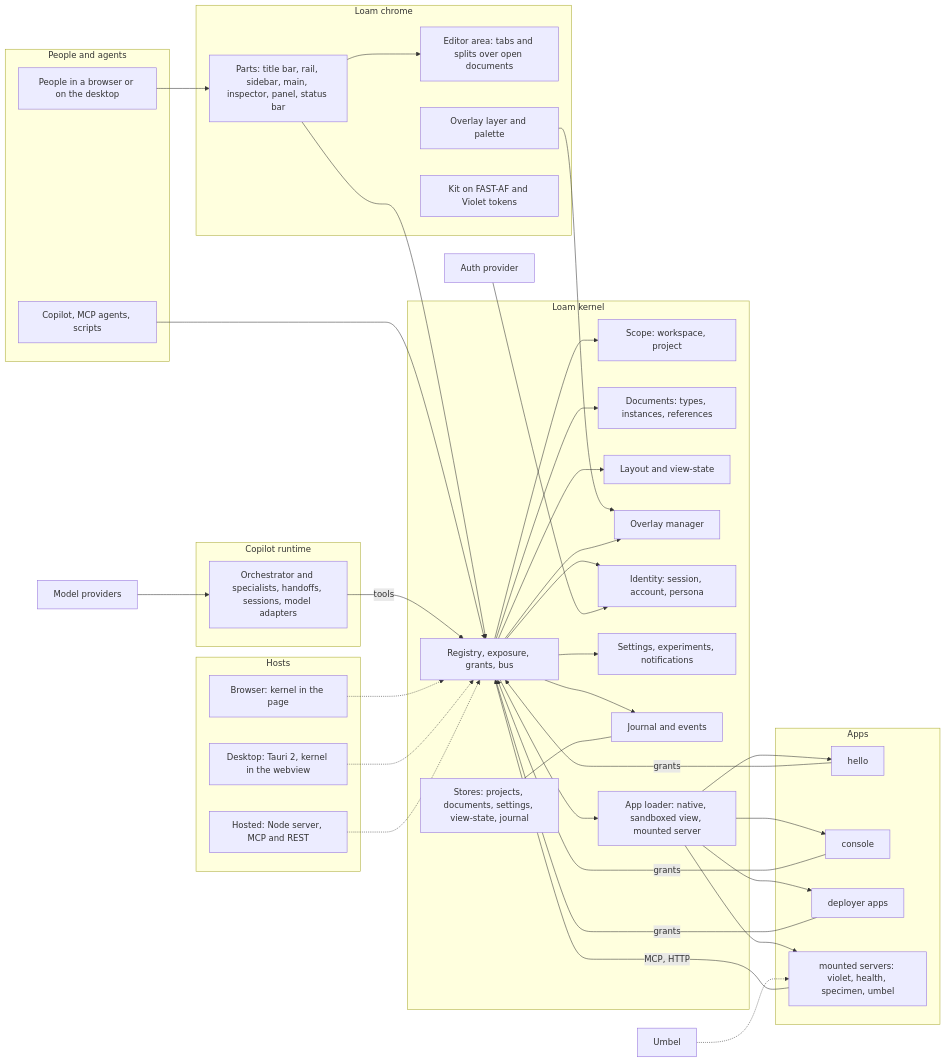
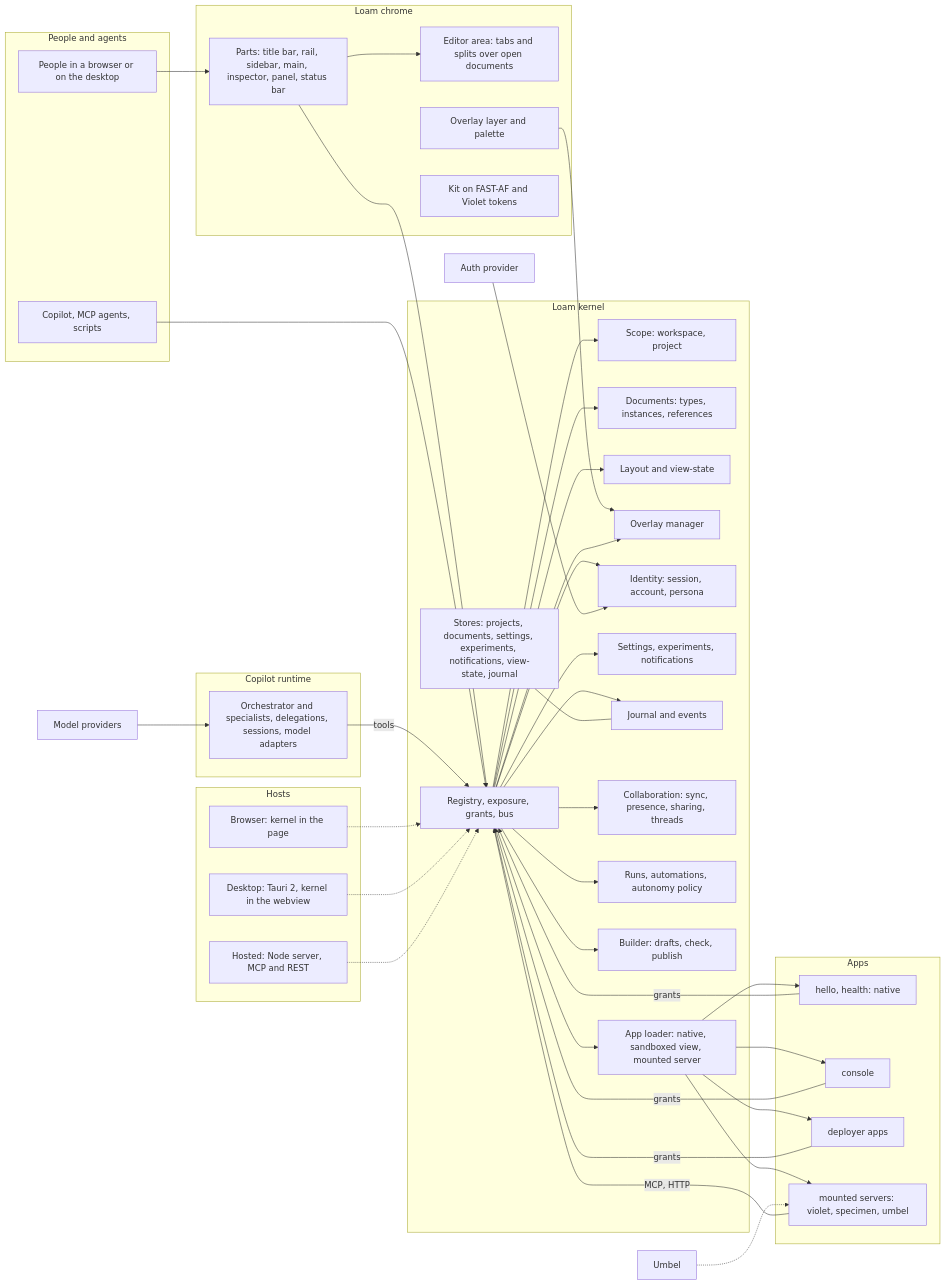
Before and after one commit to lushly-dev/afd: the first of 6 diagrams in endpoints/loam/docs/architecture.md, drawn with Mermaid. The commit also changed other lines of this file and 8 other files, not shown here.

````diff
--- a/endpoints/loam/docs/architecture.md
+++ b/endpoints/loam/docs/architecture.md
@@ -124,54 +132,57 @@
 ```mermaid
 flowchart LR
     subgraph callers["People and agents"]
         P["People in a browser or on the desktop"]
         AG["Copilot, MCP agents, scripts"]
     end
     subgraph chrome["Loam chrome"]
         T["Parts: title bar, rail, sidebar, main, inspector, panel, status bar"]
         E["Editor area: tabs and splits over open documents"]
         O["Overlay layer and palette"]
         K["Kit on FAST-AF and Violet tokens"]
     end
     subgraph kernel["Loam kernel"]
         R["Registry, exposure, grants, bus"]
         S["Scope: workspace, project"]
         DOC["Documents: types, instances, references"]
         V["Layout and view-state"]
         OV["Overlay manager"]
         I["Identity: session, account, persona"]
         SE["Settings, experiments, notifications"]
         J["Journal and events"]
+        COL["Collaboration: sync, presence, sharing, threads"]
+        RUN["Runs, automations, autonomy policy"]
+        BU["Builder: drafts, check, publish"]
         L["App loader: native, sandboxed view, mounted server"]
-        ST["Stores: projects, documents, settings, view-state, journal"]
+        ST["Stores: projects, documents, settings, experiments, notifications, view-state, journal"]
     end
     subgraph copilot["Copilot runtime"]
-        CP["Orchestrator and specialists, handoffs, sessions, model adapters"]
+        CP["Orchestrator and specialists, delegations, sessions, model adapters"]
     end
     subgraph apps["Apps"]
-        A1["hello"]
+        A1["hello, health: native"]
         A2["console"]
         A3["deployer apps"]
-        A4["mounted servers: violet, health, specimen, umbel"]
+        A4["mounted servers: violet, specimen, umbel"]
     end
     subgraph hosts["Hosts"]
         B["Browser: kernel in the page"]
         D["Desktop: Tauri 2, kernel in the webview"]
         H["Hosted: Node server, MCP and REST"]
     end
     P --> T
     AG --> R
     T --> R
     O --> OV
     T --> E
-    R --> S & DOC & V & OV & I & SE & J & L
+    R --> S & DOC & V & OV & I & SE & J & L & COL & RUN & BU
     CP -->|tools| R
     MP["Model providers"] --> CP
     L --> A1 & A2 & A3 & A4
     A1 & A2 & A3 -->|grants| R
     A4 -->|MCP, HTTP| R
     ST --- J
     B & D & H -.-> R
     AU["Auth provider"] --> I
     UM["Umbel"] -.-> A4
 ```
````
